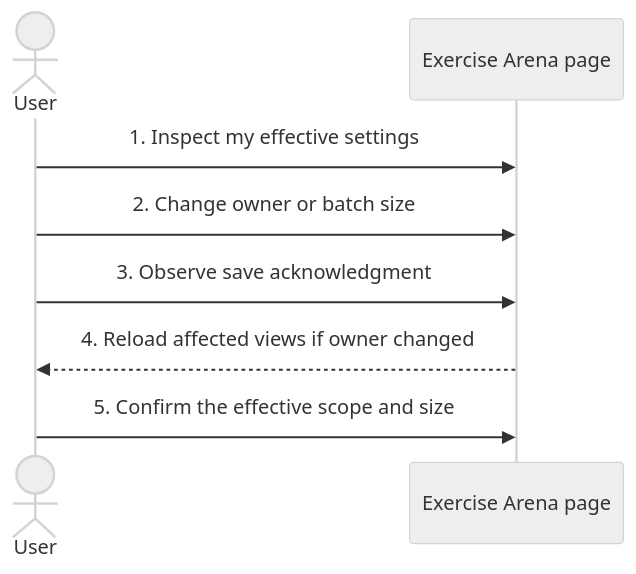
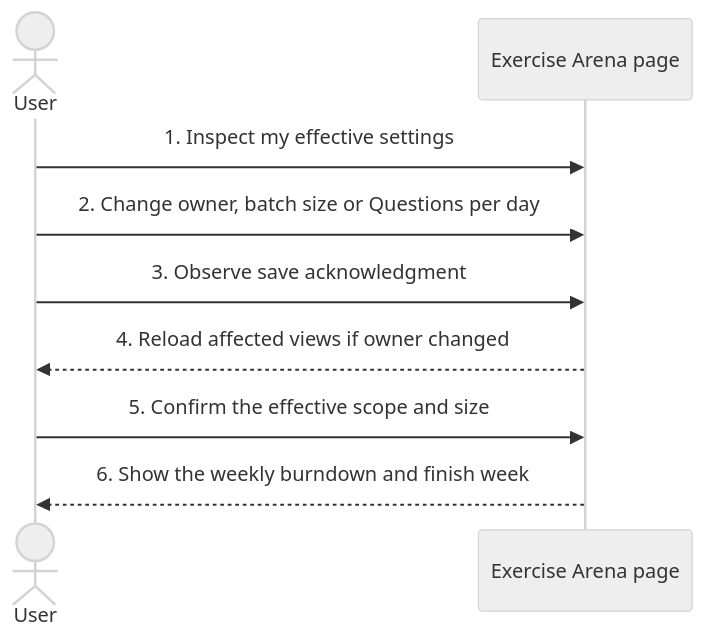
Before and after one commit to lengthlong/exercise_arena: the diagram in journey/0006-manage-settings.md, drawn with Mermaid (neutral theme). The commit also changed other lines of this file and 20 other files, not shown here.

Commit message:
Write off 0050: PSLE paper plan sub-tab and Questions per day finish forecast

````diff
--- a/journey/0006-manage-settings.md
+++ b/journey/0006-manage-settings.md
@@ -9,10 +9,11 @@
 ```mermaid
 sequenceDiagram
     actor U as User
     participant P as Exercise Arena page
     U->>P: 1. Inspect my effective settings
-    U->>P: 2. Change owner or batch size
+    U->>P: 2. Change owner, batch size or Questions per day
     U->>P: 3. Observe save acknowledgment
     P-->>U: 4. Reload affected views if owner changed
     U->>P: 5. Confirm the effective scope and size
+    P-->>U: 6. Show the weekly burndown and finish week
 ```
````
